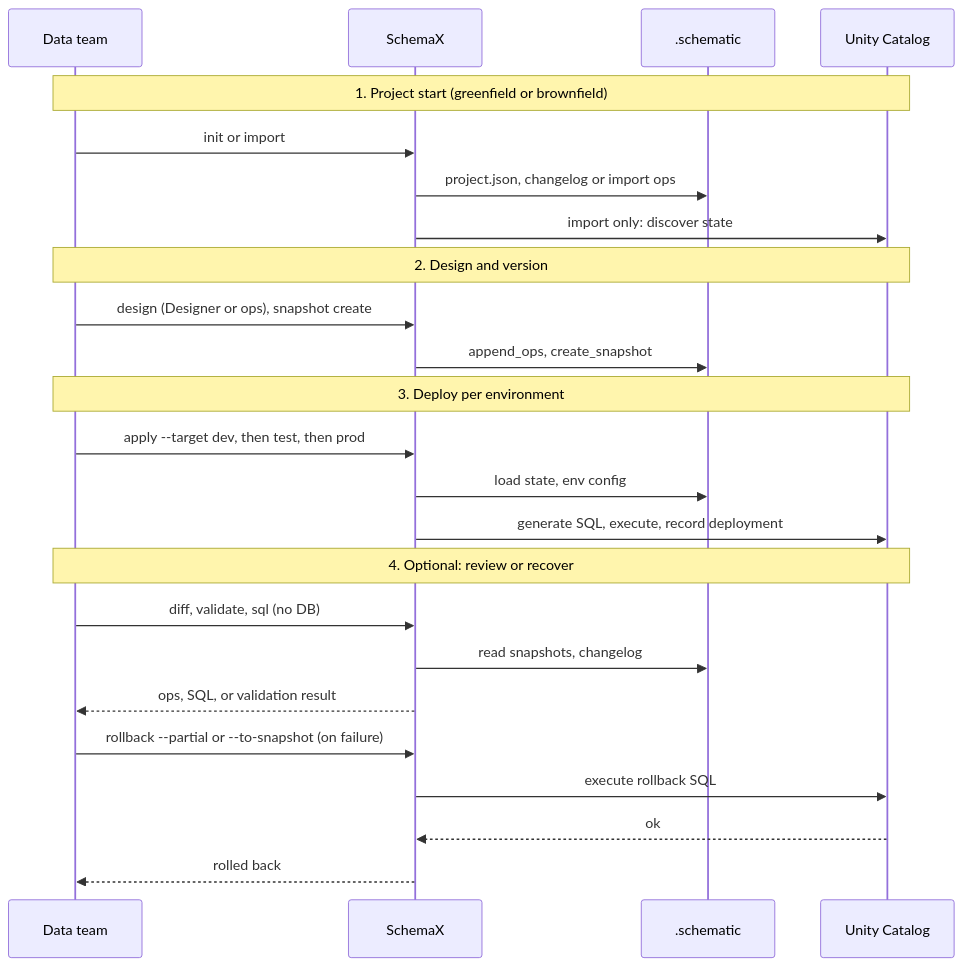
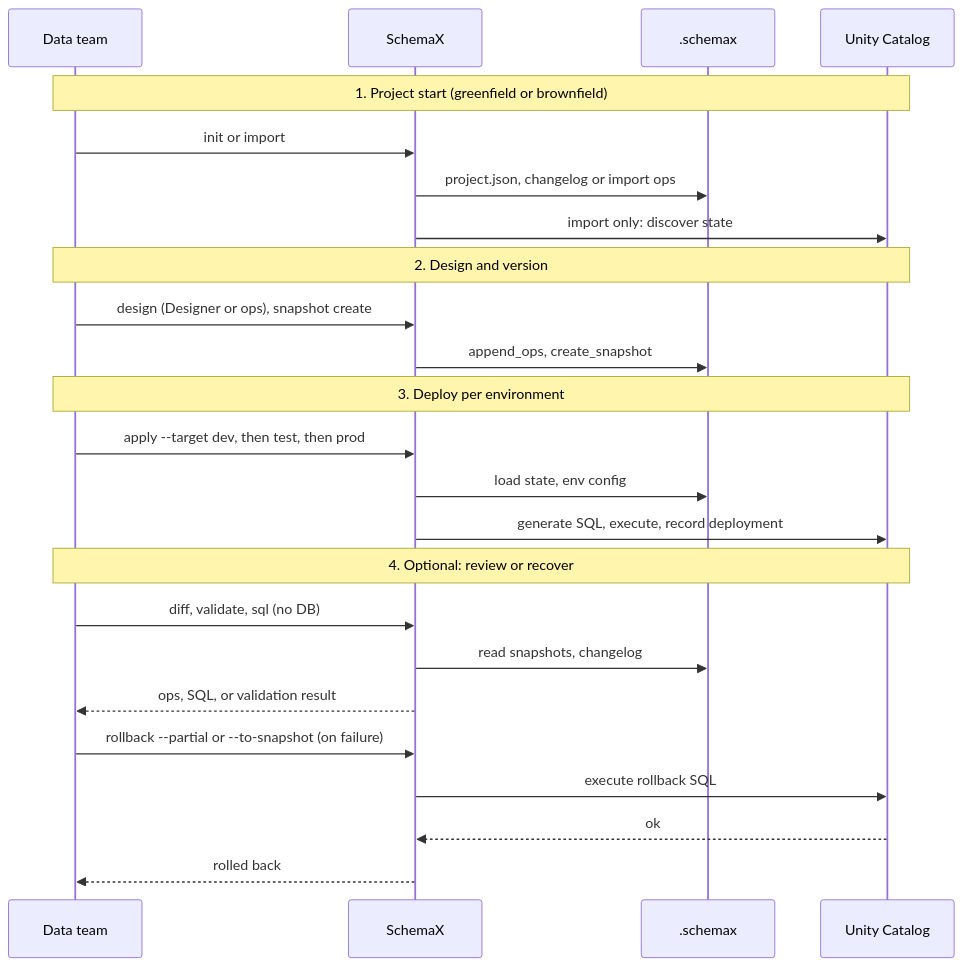
Before and after one commit to vb-dbrks/schemax: the sixth of 6 diagrams in docs/WORKFLOWS.md, drawn with Mermaid. The commit also changed other lines of this file and 41 other files, not shown here.

````diff
--- a/docs/WORKFLOWS.md
+++ b/docs/WORKFLOWS.md
@@ -337,30 +337,30 @@
 ```mermaid
 sequenceDiagram
   participant Team as Data team
   participant SchemaX as SchemaX
-  participant Storage as .schematic
+  participant Storage as .schemax
   participant Catalog as Unity Catalog
 
   Note over Team,Catalog: 1. Project start (greenfield or brownfield)
   Team->>SchemaX: init or import
   SchemaX->>Storage: project.json, changelog or import ops
   SchemaX->>Catalog: import only: discover state
 
   Note over Team,Catalog: 2. Design and version
   Team->>SchemaX: design (Designer or ops), snapshot create
   SchemaX->>Storage: append_ops, create_snapshot
 
   Note over Team,Catalog: 3. Deploy per environment
   Team->>SchemaX: apply --target dev, then test, then prod
   SchemaX->>Storage: load state, env config
   SchemaX->>Catalog: generate SQL, execute, record deployment
 
   Note over Team,Catalog: 4. Optional: review or recover
   Team->>SchemaX: diff, validate, sql (no DB)
   SchemaX->>Storage: read snapshots, changelog
   SchemaX-->>Team: ops, SQL, or validation result
   Team->>SchemaX: rollback --partial or --to-snapshot (on failure)
   SchemaX->>Catalog: execute rollback SQL
   Catalog-->>SchemaX: ok
   SchemaX-->>Team: rolled back
 ```
````
